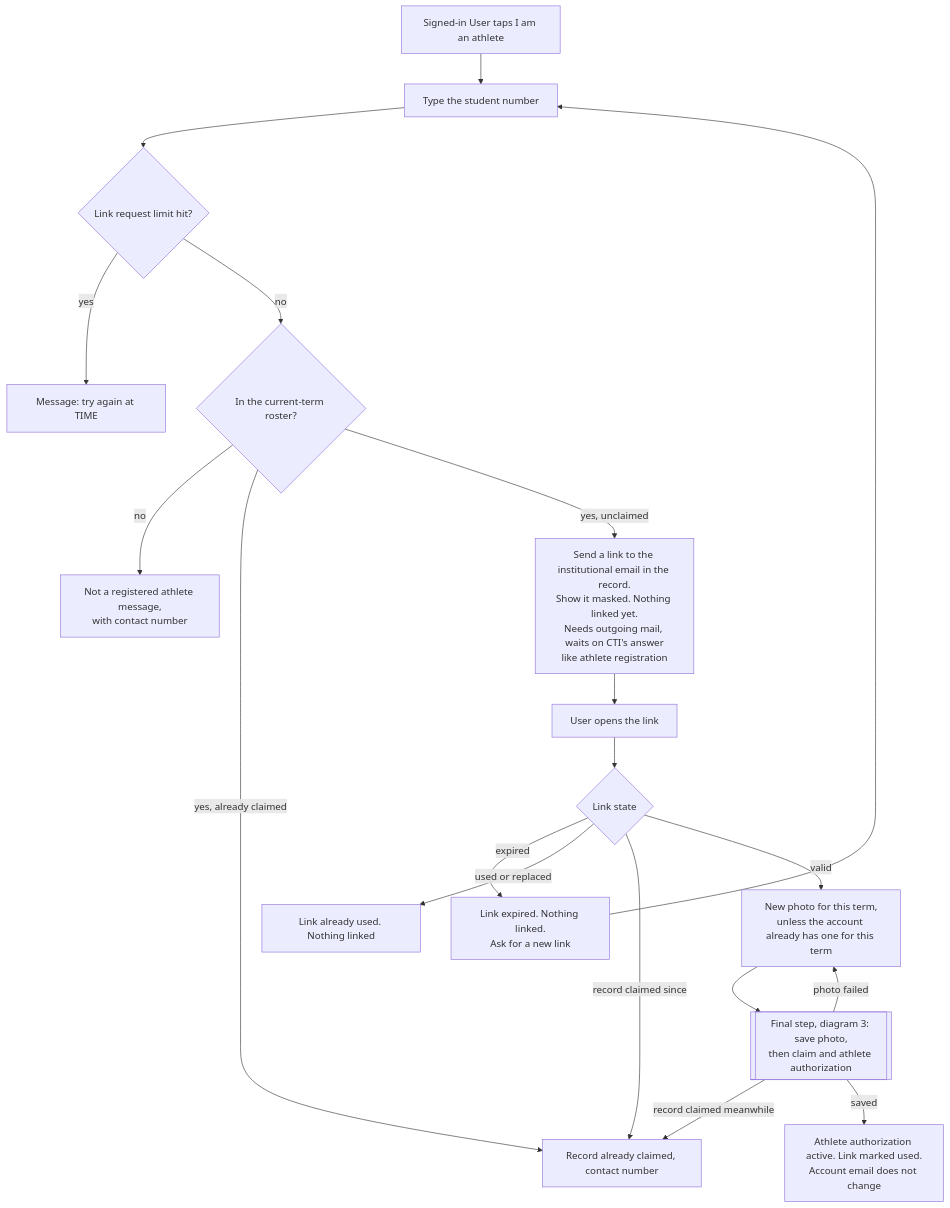
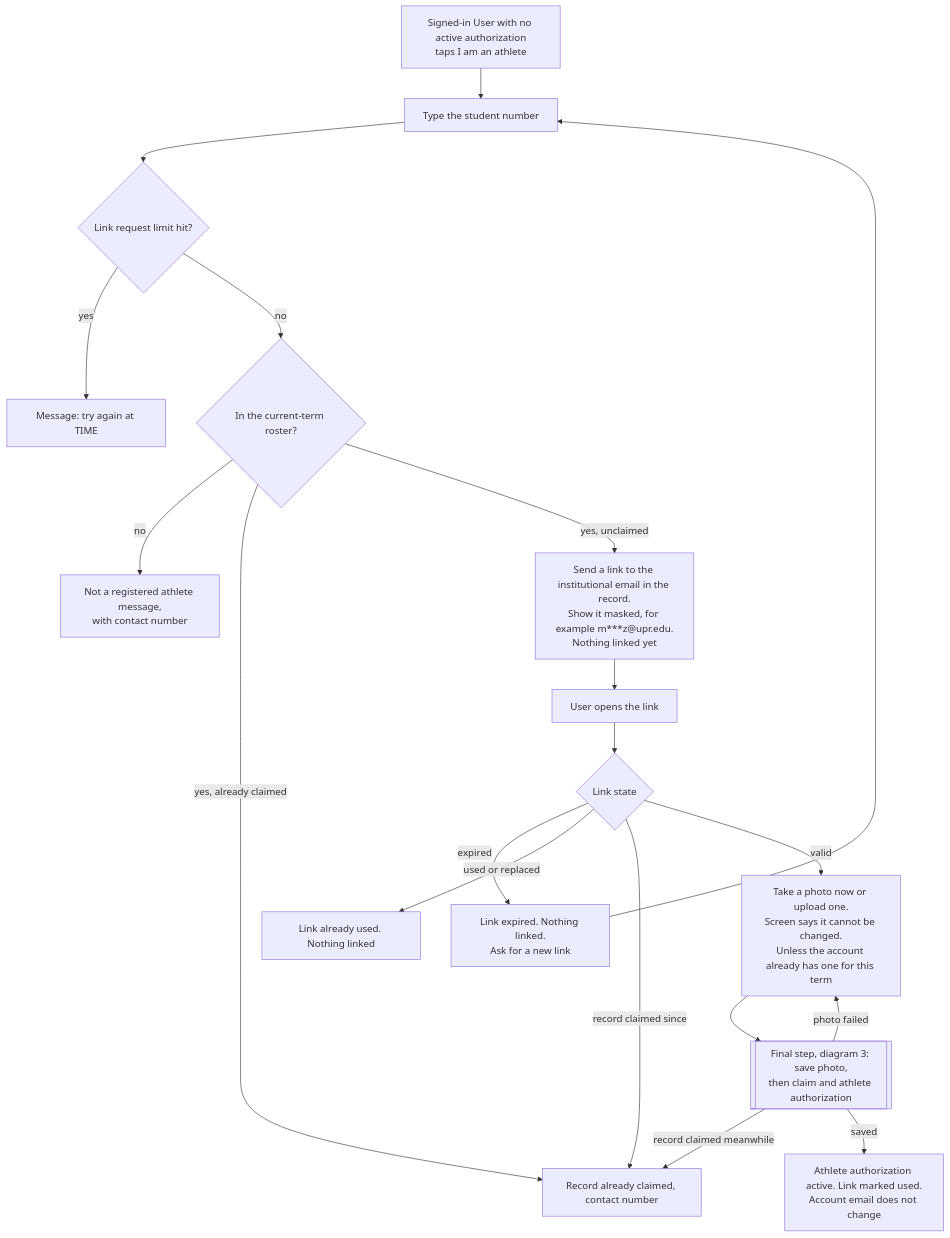
One commit to Th3-Minorities/natatorio-gym-app changed the seventh of 9 diagrams in docs/design/registration-flows.md. Above: the diagram before and after it, drawn with Mermaid. The commit also changed other lines of this file, not shown here.

Commit message:
Apply the design review decisions to the registration flows

````diff
--- a/docs/design/registration-flows.md
+++ b/docs/design/registration-flows.md
@@ -218,21 +222,21 @@
 ```mermaid
 flowchart TD
-  START["Signed-in User taps I am an athlete"] --> SN["Type the student number"]
+  START["Signed-in User with no active authorization<br/>taps I am an athlete"] --> SN["Type the student number"]
   SN --> LIM{"Link request limit hit?"}
   LIM -->|"yes"| X0["Message: try again at TIME"]
   LIM -->|"no"| R{"In the current-term roster?"}
   R -->|"no"| X1["Not a registered athlete message,<br/>with contact number"]
   R -->|"yes, already claimed"| X2["Record already claimed, contact number"]
-  R -->|"yes, unclaimed"| LNK["Send a link to the institutional email in the record.<br/>Show it masked. Nothing linked yet.<br/>Needs outgoing mail, waits on CTI's answer<br/>like athlete registration"]
+  R -->|"yes, unclaimed"| LNK["Send a link to the institutional email in the record.<br/>Show it masked, for example m***z@upr.edu.<br/>Nothing linked yet"]
   LNK --> OPEN["User opens the link"]
   OPEN --> V{"Link state"}
   V -->|"expired"| X3["Link expired. Nothing linked.<br/>Ask for a new link"]
   V -->|"used or replaced"| X4["Link already used. Nothing linked"]
   V -->|"record claimed since"| X2
-  V -->|"valid"| PH["New photo for this term,<br/>unless the account already has one for this term"]
+  V -->|"valid"| PH["Take a photo now or upload one.<br/>Screen says it cannot be changed.<br/>Unless the account already has one for this term"]
   PH --> FIN[["Final step, diagram 3: save photo,<br/>then claim and athlete authorization"]]
   FIN -->|"photo failed"| PH
   FIN -->|"record claimed meanwhile"| X2
   FIN -->|"saved"| OK["Athlete authorization active. Link marked used.<br/>Account email does not change"]
   X3 --> SN
 ```
````
